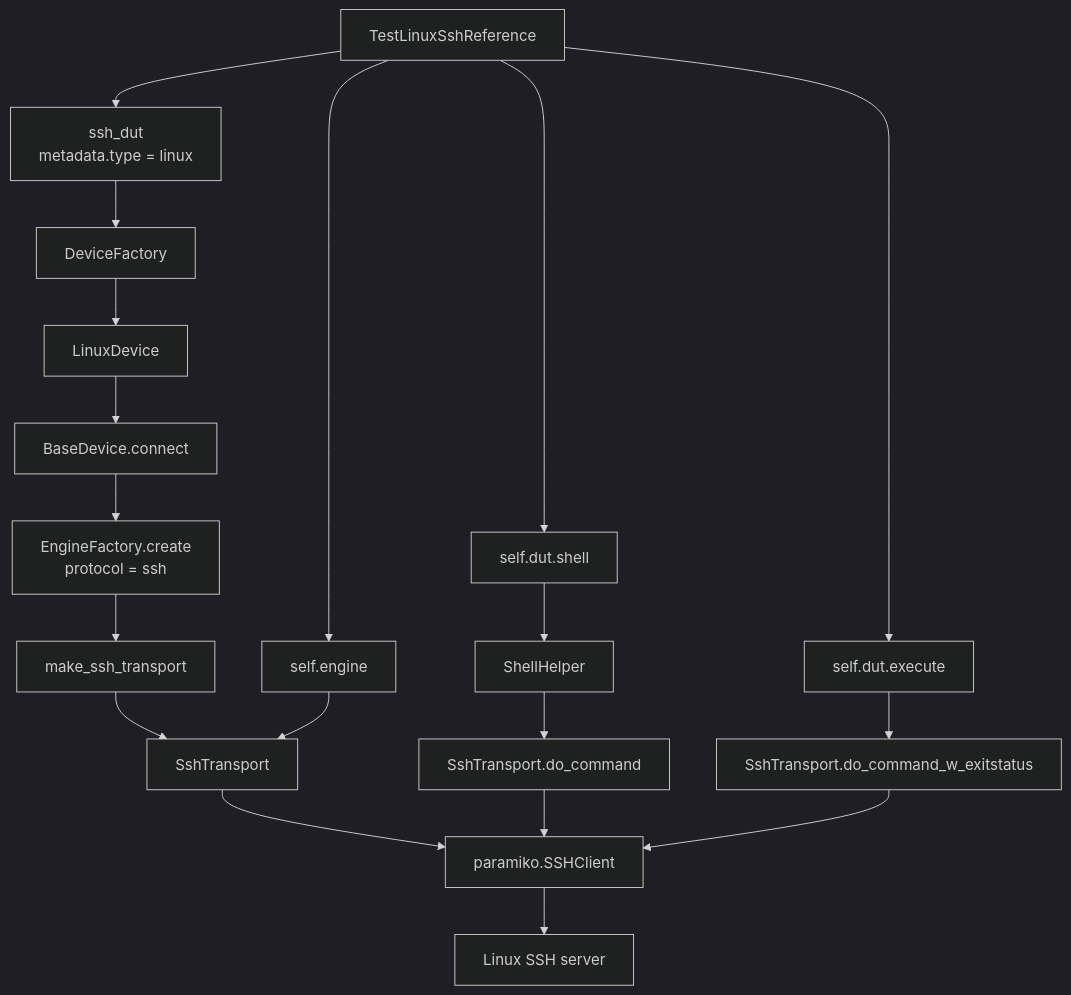
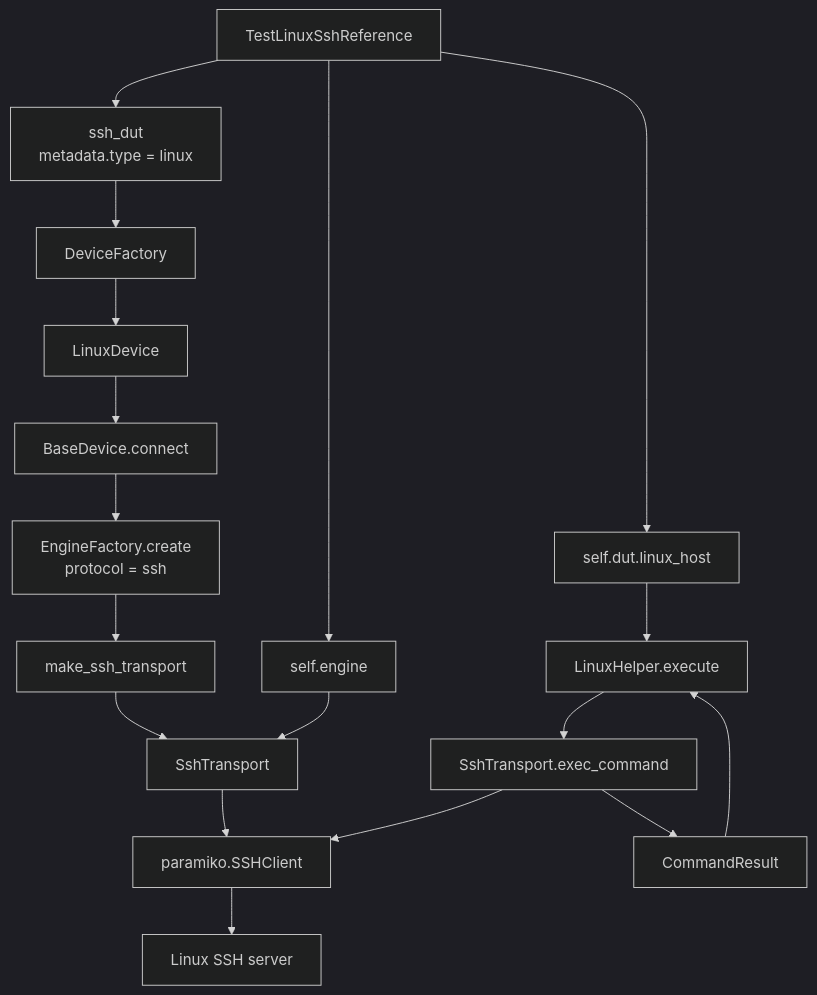
One commit to elisaqian666/embedded_test_framework changed the fourth of 4 diagrams in README.MD. Above: the diagram before and after it, drawn with Mermaid (dark theme). The commit also changed other lines of this file and 49 other files, not shown here.

````diff
--- a/README.MD
+++ b/README.MD
@@ -210,21 +257,20 @@
 ```mermaid
 flowchart TD
     LT[TestLinuxSshReference] --> LC[ssh_dut\nmetadata.type = linux]
     LC --> DF[DeviceFactory]
     DF --> LD[LinuxDevice]
     LD --> BF[BaseDevice.connect]
     BF --> EF[EngineFactory.create\nprotocol = ssh]
     EF --> MS[make_ssh_transport]
     MS --> SSH[SshTransport]
     SSH --> PM[paramiko.SSHClient]
     PM --> HOST[Linux SSH server]
     LT --> ENGINE[self.engine]
     ENGINE --> SSH
-    LT --> SHELL[self.dut.shell]
-    SHELL --> SH[ShellHelper]
-    SH --> CMD[SshTransport.do_command]
+    LT --> HELPER[self.dut.linux_host]
+    HELPER --> SH[LinuxHelper.execute]
+    SH --> CMD[SshTransport.exec_command]
     CMD --> PM
-    LT --> EXEC[self.dut.execute]
-    EXEC --> STATUS[SshTransport.do_command_w_exitstatus]
-    STATUS --> PM
+    CMD --> RESULT[CommandResult]
+    RESULT --> SH
 ```
````
